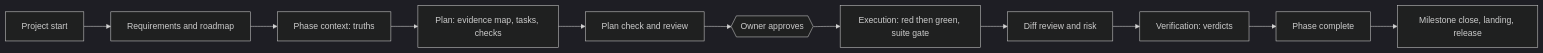
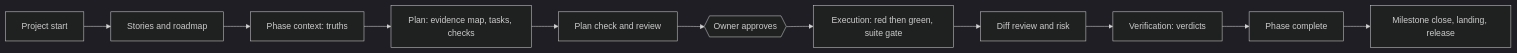
One commit to crenshawdev/baley changed the second of 4 diagrams in docs/design/0002-system-design.md. Above: the diagram before and after it, drawn with Mermaid (dark theme). The commit also changed other lines of this file and 21 other files, not shown here.

````diff
--- a/docs/design/0002-system-design.md
+++ b/docs/design/0002-system-design.md
@@ -112,13 +112,13 @@
 ```mermaid
 flowchart LR
-  start[Project start] --> scope[Requirements and roadmap]
+  start[Project start] --> scope[Stories and roadmap]
   scope --> ctx[Phase context: truths]
   ctx --> plan[Plan: evidence map, tasks, checks]
   plan --> check[Plan check and review]
   check --> approve{{Owner approves}}
   approve --> exec[Execution: red then green, suite gate]
   exec --> rr[Diff review and risk]
   rr --> verify[Verification: verdicts]
   verify --> done[Phase complete]
   done --> ms[Milestone close, landing, release]
 ```
````
